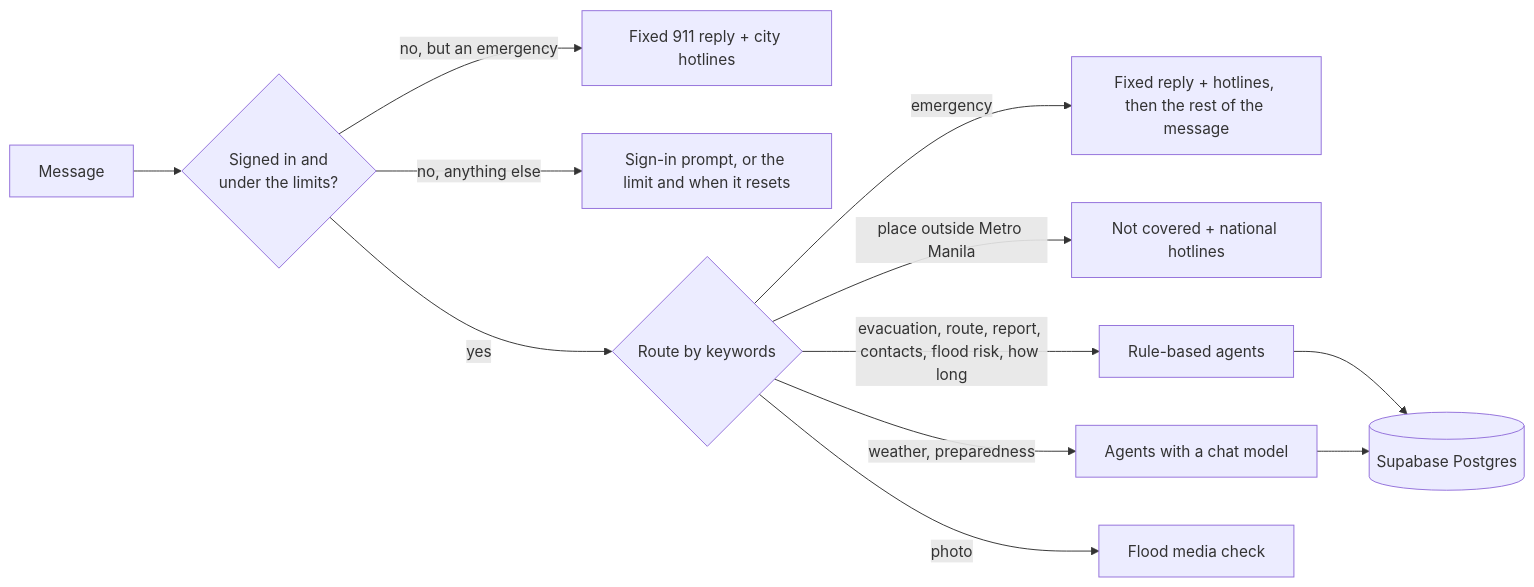
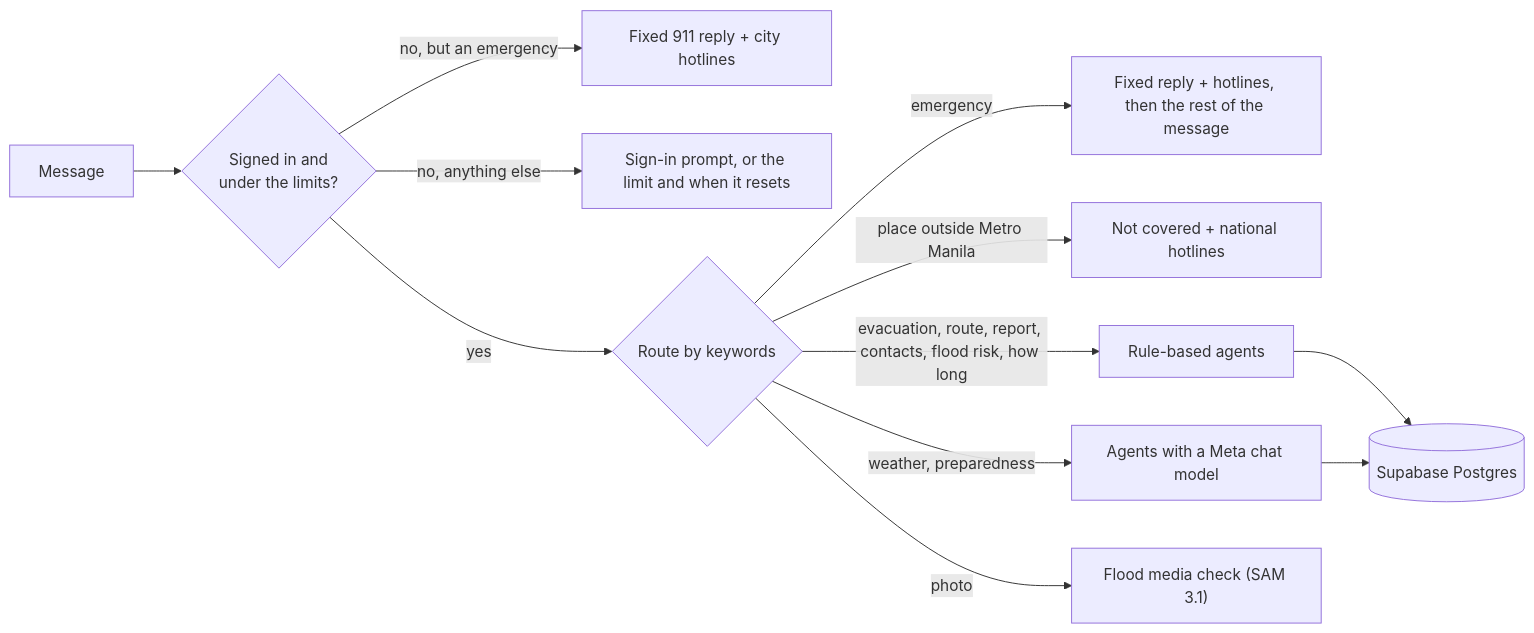
Before and after one commit to kennethmedes28/Flood-Gentic: the diagram in README.md, drawn with Mermaid. The commit also changed other lines of this file and 3 other files, not shown here.

````diff
--- a/README.md
+++ b/README.md
@@ -210,14 +120,14 @@
 ```mermaid
 flowchart LR
     M[Message] --> S{Signed in and<br/>under the limits?}
     S -->|"no, but an emergency"| F[Fixed 911 reply + city hotlines]
     S -->|"no, anything else"| X["Sign-in prompt, or the limit and when it resets"]
     S -->|yes| R{Route by keywords}
     R -->|emergency| E[Fixed reply + hotlines, then the rest of the message]
     R -->|place outside Metro Manila| O[Not covered + national hotlines]
     R -->|evacuation, route, report, contacts, flood risk, how long| A[Rule-based agents]
-    R -->|weather, preparedness| L[Agents with a chat model]
-    R -->|photo| V[Flood media check]
+    R -->|weather, preparedness| L["Agents with a Meta chat model"]
+    R -->|photo| V["Flood media check (SAM 3.1)"]
     A --> D[(Supabase Postgres)]
     L --> D
 ```
````
